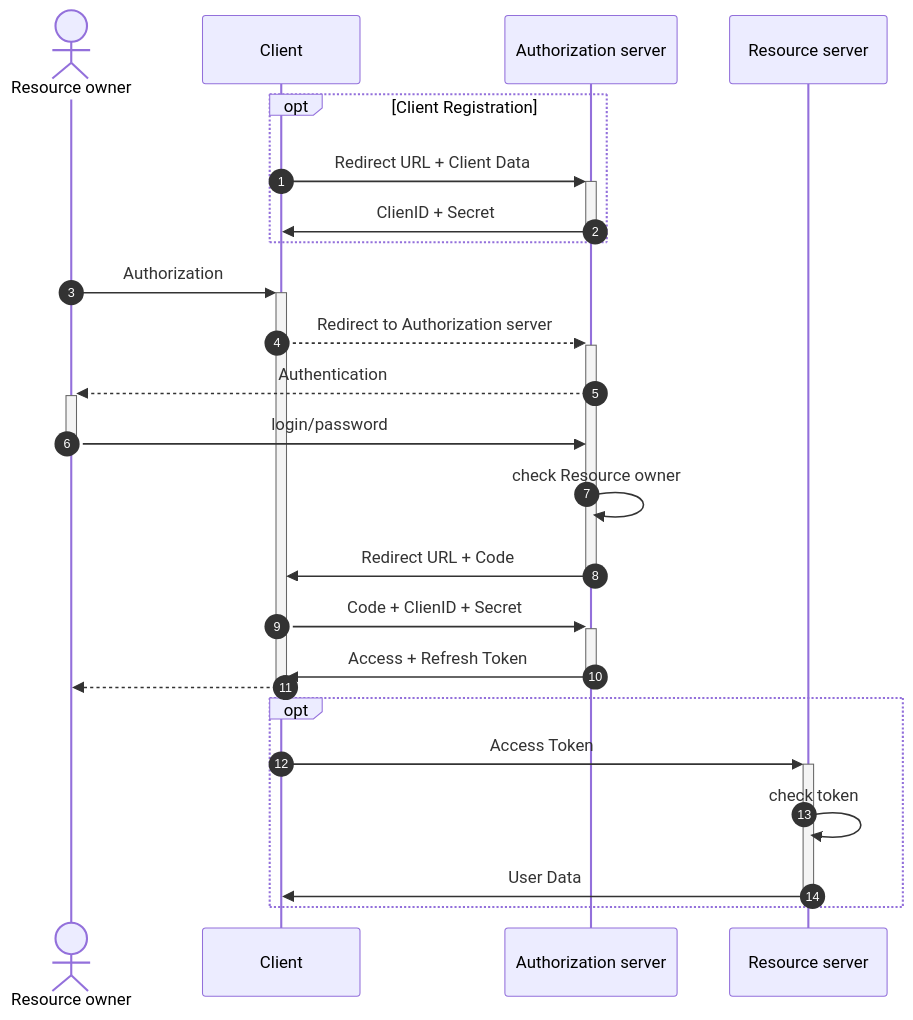
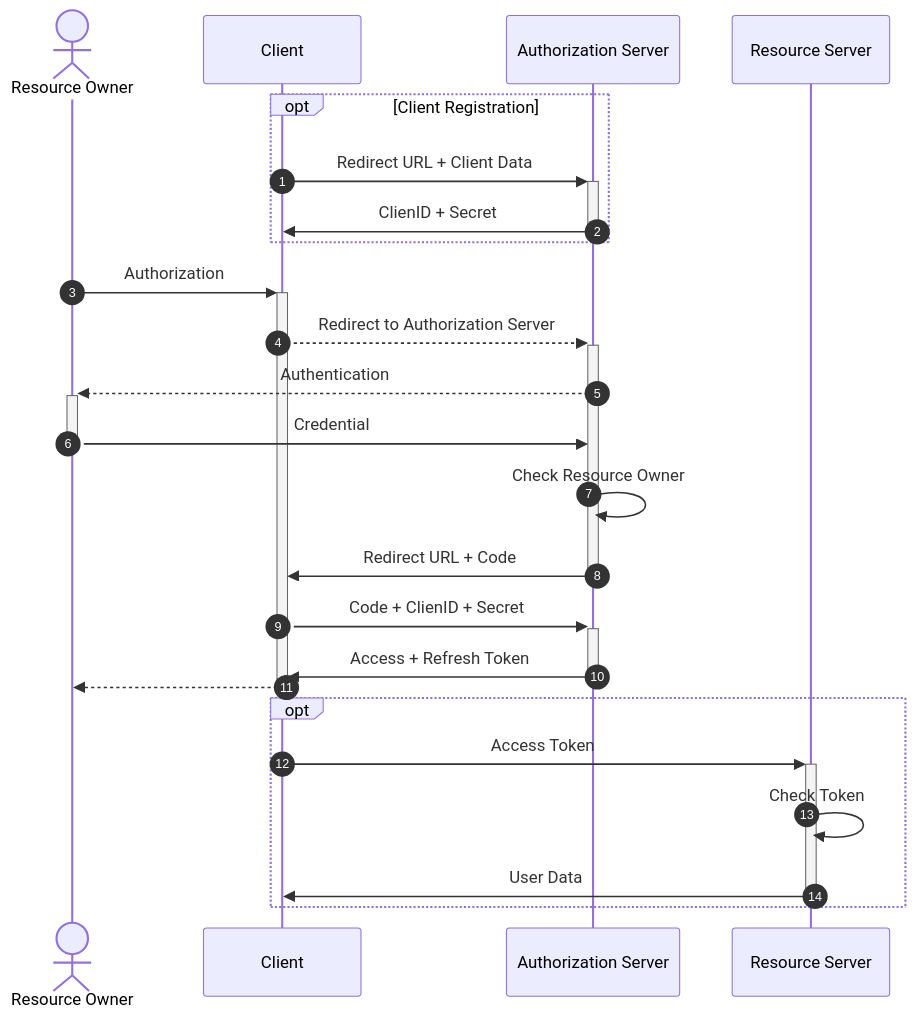
Before and after one commit to danzay42/Wiki: the third of 3 diagrams in CS/Authorization.md, drawn with Mermaid. The commit also changed other lines of this file, not shown here.

````diff
--- a/CS/Authorization.md
+++ b/CS/Authorization.md
@@ -93,29 +101,29 @@
 ```mermaid
 sequenceDiagram
 	autonumber
-	actor o as Resource owner
+	actor o as Resource Owner
 	participant c as Client
-	participant a as Authorization server
-	participant r as Resource server
+	participant a as Authorization Server
+	participant r as Resource Server
 
 	opt Client Registration
 		c ->>+ a: Redirect URL + Client Data
 		a ->>- c: ClienID + Secret
 	end
 
 	o ->>+ c: Authorization
-		c -->>+ a: Redirect to Authorization server
+		c -->>+ a: Redirect to Authorization Server
 			a -->>+ o: Authentication
-			o ->>- a: login/password
-			a ->> a: check Resource owner
+			o ->>- a: Credential
+			a ->> a: Check Resource Owner
 			a ->>- c: Redirect URL + Code
 			c ->>+ a: Code + ClienID + Secret
 		a ->>- c: Access + Refresh Token
 	c -->>- o: 
 
 	opt
 		c ->>+ r: Access Token
-		r ->> r: check token
+		r ->> r: Check Token
 		r ->>- c: User Data
 	end
 ```
````
